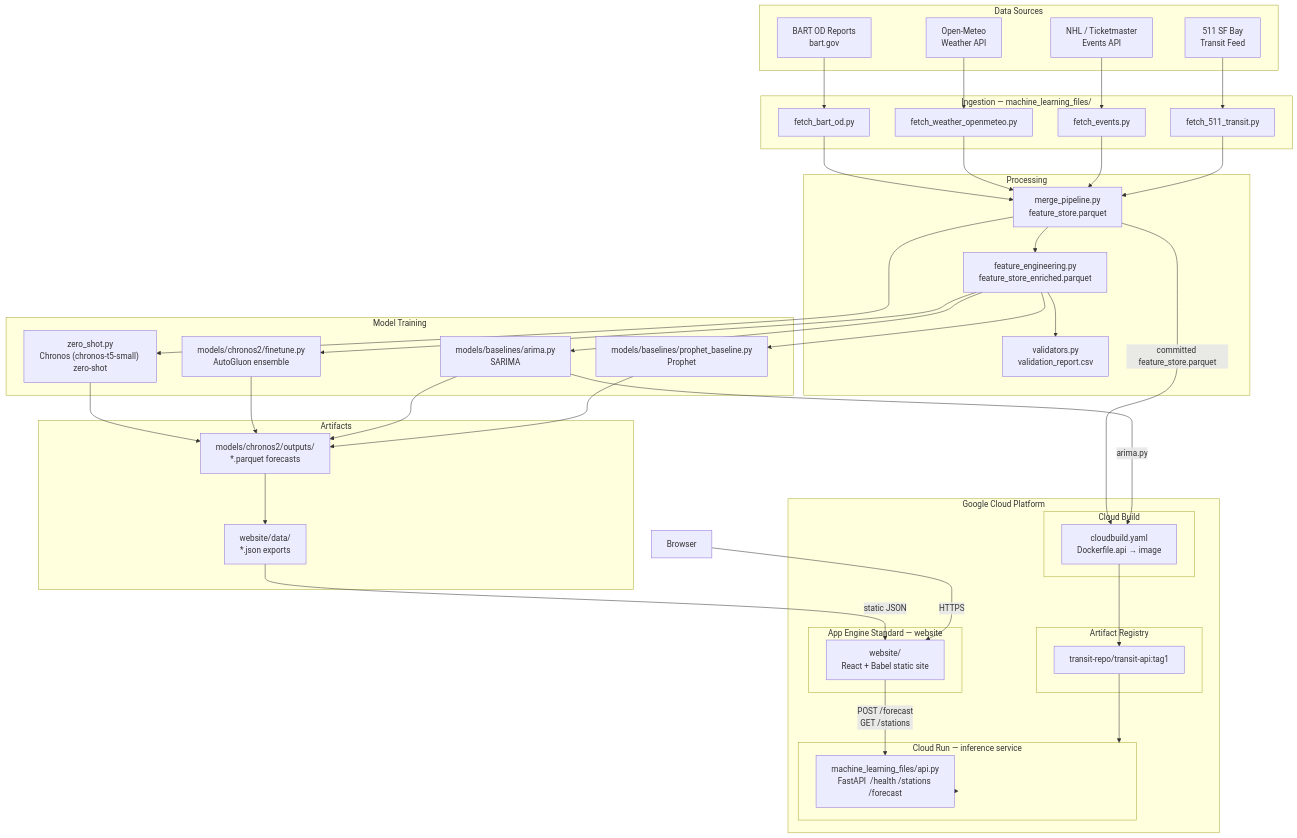
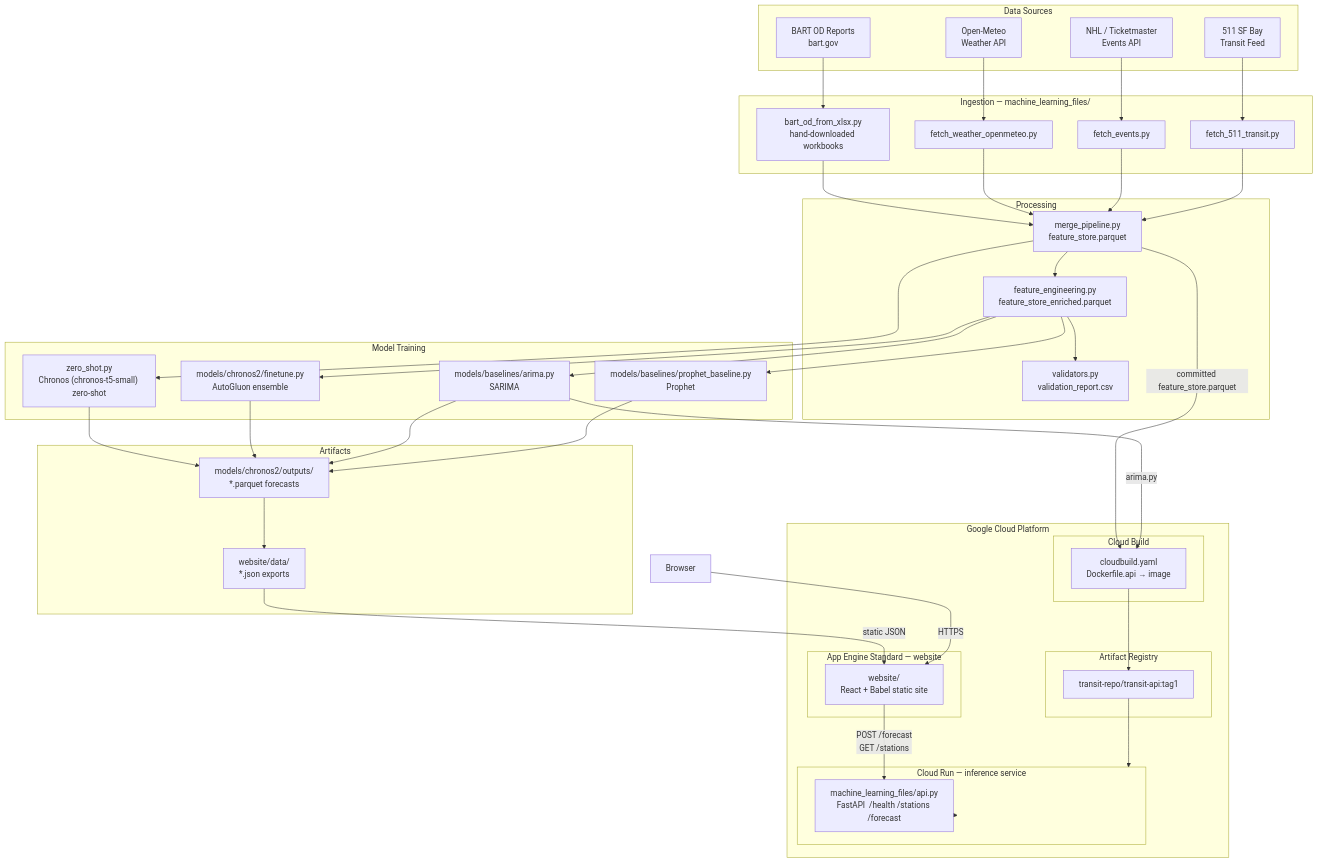
One commit to Dhruv-cs50/transit-demand-forecasting changed the diagram in docs/ARCHITECTURE.md. Above: the diagram before and after it, drawn with Mermaid. The commit also changed other lines of this file and 3 other files, not shown here.

First line of the commit message:
S7-12: docs name bart_od_from_xlsx.py as the BART source; gate test command

````diff
--- a/docs/ARCHITECTURE.md
+++ b/docs/ARCHITECTURE.md
@@ -5,74 +5,74 @@
 ```mermaid
 flowchart TD
     subgraph SRC["Data Sources"]
         S1[BART OD Reports\nbart.gov]
         S2[Open-Meteo\nWeather API]
         S3[NHL / Ticketmaster\nEvents API]
         S4[511 SF Bay\nTransit Feed]
     end
 
     subgraph ING["Ingestion — machine_learning_files/"]
-        I1[fetch_bart_od.py]
+        I1[bart_od_from_xlsx.py\nhand-downloaded workbooks]
         I2[fetch_weather_openmeteo.py]
         I3[fetch_events.py]
         I4[fetch_511_transit.py]
     end
 
     subgraph PROC["Processing"]
         P1[merge_pipeline.py\nfeature_store.parquet]
         P2[feature_engineering.py\nfeature_store_enriched.parquet]
         P3[validators.py\nvalidation_report.csv]
     end
 
     subgraph TRAIN["Model Training"]
         M1["zero_shot.py\nChronos (chronos-t5-small) zero-shot"]
         M2[models/chronos2/finetune.py\nAutoGluon ensemble]
         M3[models/baselines/arima.py\nSARIMA]
         M4[models/baselines/prophet_baseline.py\nProphet]
     end
 
     subgraph OUT["Artifacts"]
         O1[models/chronos2/outputs/\n*.parquet forecasts]
         O2[website/data/\n*.json exports]
     end
 
     subgraph CLOUD["Google Cloud Platform"]
         subgraph BUILD["Cloud Build"]
             CB[cloudbuild.yaml\nDockerfile.api → image]
         end
         subgraph AR["Artifact Registry"]
             AR1[transit-repo/transit-api:tag1]
         end
         subgraph CR["Cloud Run — inference service"]
             API[machine_learning_files/api.py\nFastAPI  /health /stations /forecast]
         end
         subgraph GAE["App Engine Standard — website"]
             WEB[website/\nReact + Babel static site]
         end
     end
 
     USER[Browser]
 
     S1 --> I1
     S2 --> I2
     S3 --> I3
     S4 --> I4
 
     I1 & I2 & I3 & I4 --> P1
     P1 --> P2
     P2 --> P3
     P1 --> M1
     P2 --> M2 & M3 & M4
     M1 & M2 & M3 & M4 --> O1
     O1 --> O2
 
     O2 -->|static JSON| WEB
     P1 -->|committed feature_store.parquet| CB
     M3 -->|arima.py| CB
     CB --> AR1
     AR1 --> CR
     CR --> API
 
     USER -->|HTTPS| WEB
     WEB -->|POST /forecast\nGET /stations| API
 ```
````
